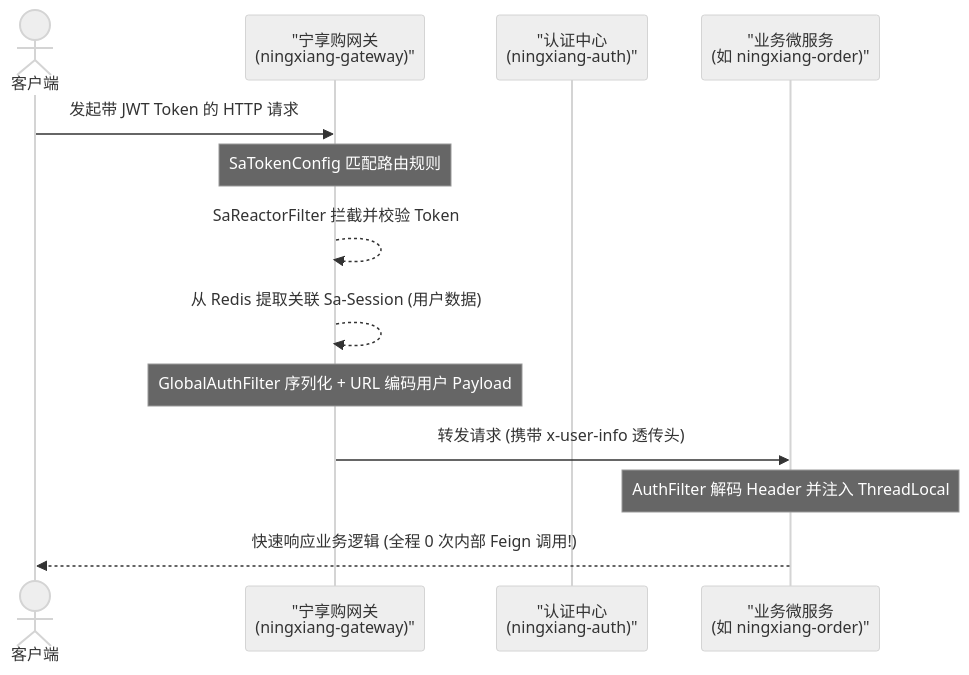
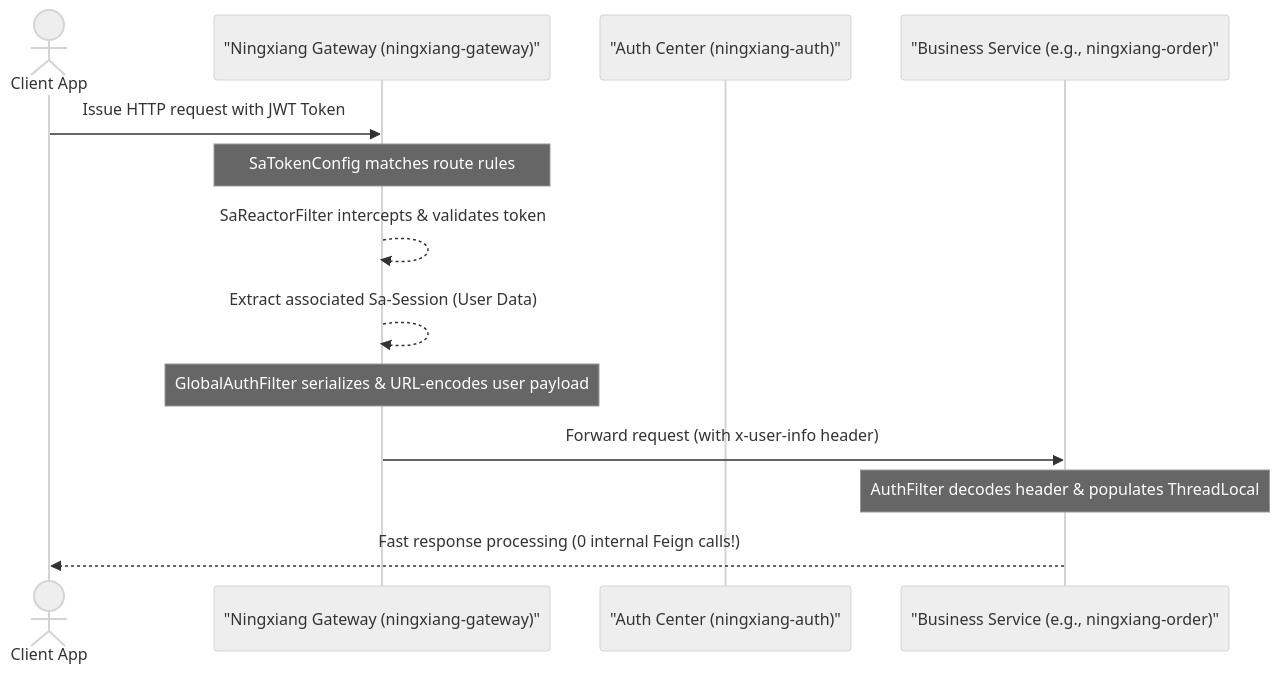
The first of 2 diagrams in README.md (MeiSiristhebest/ningxiangshop), drawn with Mermaid (neutral theme) before and after one commit. The commit also changed other lines of this file, not shown here.

````diff
--- a/README.md
+++ b/README.md
@@ -160,16 +165,16 @@
 ```mermaid
 sequenceDiagram
-    actor Client as 客户端
-    participant Gateway as "宁享购网关<br/>(ningxiang-gateway)"
-    participant Auth as "认证中心<br/>(ningxiang-auth)"
-    participant Service as "业务微服务<br/>(如 ningxiang-order)"
+    actor Client as Client App
+    participant Gateway as "Ningxiang Gateway (ningxiang-gateway)"
+    participant Auth as "Auth Center (ningxiang-auth)"
+    participant Service as "Business Service (e.g., ningxiang-order)"
 
-    Client->>Gateway: 发起带 JWT Token 的 HTTP 请求
-    Note over Gateway: SaTokenConfig 匹配路由规则
-    Gateway-->>Gateway: SaReactorFilter 拦截并校验 Token
-    Gateway-->>Gateway: 从 Redis 提取关联 Sa-Session (用户数据)
-    Note over Gateway: GlobalAuthFilter 序列化 + URL 编码用户 Payload
-    Gateway->>Service: 转发请求 (携带 x-user-info 透传头)
-    Note over Service: AuthFilter 解码 Header 并注入 ThreadLocal
-    Service-->>Client: 快速响应业务逻辑 (全程 0 次内部 Feign 调用!)
+    Client->>Gateway: Issue HTTP request with JWT Token
+    Note over Gateway: SaTokenConfig matches route rules
+    Gateway-->>Gateway: SaReactorFilter intercepts & validates token
+    Gateway-->>Gateway: Extract associated Sa-Session (User Data)
+    Note over Gateway: GlobalAuthFilter serializes & URL-encodes user payload
+    Gateway->>Service: Forward request (with x-user-info header)
+    Note over Service: AuthFilter decodes header & populates ThreadLocal
+    Service-->>Client: Fast response processing (0 internal Feign calls!)
 ```
````
